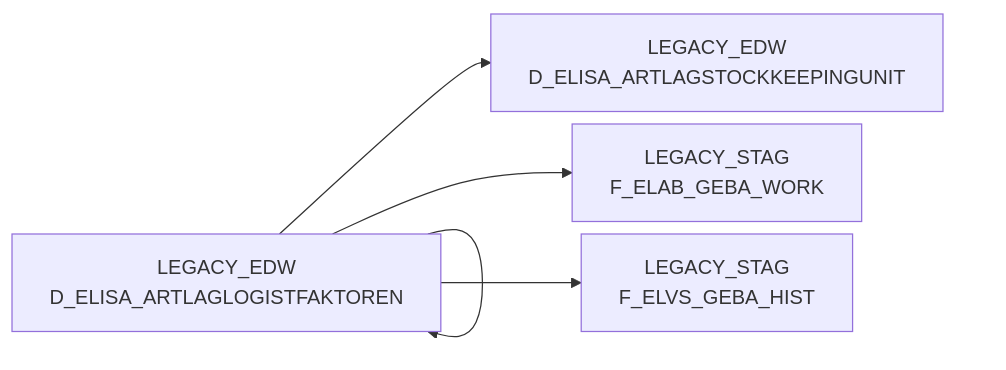
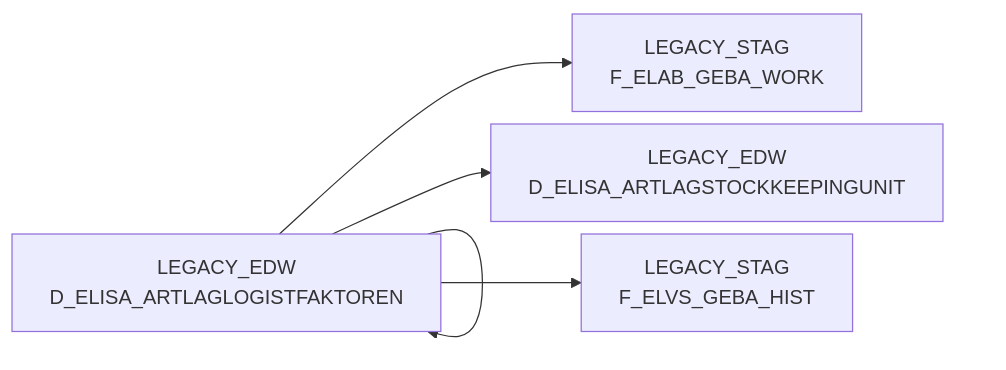
Before and after one commit to integration-factory-de/sas_code_docs: the diagram in docs/Tables/LEGACY_EDW/D_ELISA_ARTLAGLOGISTFAKTOREN.md, drawn with Mermaid. The commit also changed other lines of this file and 129 other files, not shown here.

````diff
--- a/docs/Tables/LEGACY_EDW/D_ELISA_ARTLAGLOGISTFAKTOREN.md
+++ b/docs/Tables/LEGACY_EDW/D_ELISA_ARTLAGLOGISTFAKTOREN.md
@@ -9,18 +19,18 @@
 ```mermaid
 %%{init: {'flowchart': { 'nodeSpacing': 10, 'rankSpacing': 40, 'rankdir': 'TB' }}}%%
 
 flowchart LR
 
+  LEGACY_EDW.D_ELISA_ARTLAGLOGISTFAKTOREN["LEGACY_EDW<br/>D_ELISA_ARTLAGLOGISTFAKTOREN"] --> LEGACY_STAG.F_ELAB_GEBA_WORK["LEGACY_STAG<br/>F_ELAB_GEBA_WORK"]
+  LEGACY_EDW.D_ELISA_ARTLAGLOGISTFAKTOREN["LEGACY_EDW<br/>D_ELISA_ARTLAGLOGISTFAKTOREN"] --> LEGACY_EDW.D_ELISA_ARTLAGSTOCKKEEPINGUNIT["LEGACY_EDW<br/>D_ELISA_ARTLAGSTOCKKEEPINGUNIT"]
+  LEGACY_EDW.D_ELISA_ARTLAGLOGISTFAKTOREN["LEGACY_EDW<br/>D_ELISA_ARTLAGLOGISTFAKTOREN"] --> LEGACY_STAG.F_ELVS_GEBA_HIST["LEGACY_STAG<br/>F_ELVS_GEBA_HIST"]
   LEGACY_EDW.D_ELISA_ARTLAGLOGISTFAKTOREN["LEGACY_EDW<br/>D_ELISA_ARTLAGLOGISTFAKTOREN"] --> LEGACY_EDW.D_ELISA_ARTLAGLOGISTFAKTOREN["LEGACY_EDW<br/>D_ELISA_ARTLAGLOGISTFAKTOREN"]
-  LEGACY_EDW.D_ELISA_ARTLAGLOGISTFAKTOREN["LEGACY_EDW<br/>D_ELISA_ARTLAGLOGISTFAKTOREN"] --> LEGACY_EDW.D_ELISA_ARTLAGSTOCKKEEPINGUNIT["LEGACY_EDW<br/>D_ELISA_ARTLAGSTOCKKEEPINGUNIT"]
-  LEGACY_EDW.D_ELISA_ARTLAGLOGISTFAKTOREN["LEGACY_EDW<br/>D_ELISA_ARTLAGLOGISTFAKTOREN"] --> LEGACY_STAG.F_ELAB_GEBA_WORK["LEGACY_STAG<br/>F_ELAB_GEBA_WORK"]
-  LEGACY_EDW.D_ELISA_ARTLAGLOGISTFAKTOREN["LEGACY_EDW<br/>D_ELISA_ARTLAGLOGISTFAKTOREN"] --> LEGACY_STAG.F_ELVS_GEBA_HIST["LEGACY_STAG<br/>F_ELVS_GEBA_HIST"]
   click LEGACY_EDW.D_ELISA_ARTLAGLOGISTFAKTOREN "../../tables/LEGACY_EDW/D_ELISA_ARTLAGLOGISTFAKTOREN"
   click LEGACY_EDW.D_ELISA_ARTLAGLOGISTFAKTOREN "../../tables/LEGACY_EDW/D_ELISA_ARTLAGLOGISTFAKTOREN"
   click LEGACY_EDW.D_ELISA_ARTLAGLOGISTFAKTOREN "../../tables/LEGACY_EDW/D_ELISA_ARTLAGLOGISTFAKTOREN"
   click LEGACY_EDW.D_ELISA_ARTLAGLOGISTFAKTOREN "../../tables/LEGACY_EDW/D_ELISA_ARTLAGLOGISTFAKTOREN"
+  click LEGACY_STAG.F_ELAB_GEBA_WORK "../../tables/LEGACY_STAG/F_ELAB_GEBA_WORK"
+  click LEGACY_EDW.D_ELISA_ARTLAGSTOCKKEEPINGUNIT "../../tables/LEGACY_EDW/D_ELISA_ARTLAGSTOCKKEEPINGUNIT"
+  click LEGACY_STAG.F_ELVS_GEBA_HIST "../../tables/LEGACY_STAG/F_ELVS_GEBA_HIST"
   click LEGACY_EDW.D_ELISA_ARTLAGLOGISTFAKTOREN "../../tables/LEGACY_EDW/D_ELISA_ARTLAGLOGISTFAKTOREN"
-  click LEGACY_EDW.D_ELISA_ARTLAGSTOCKKEEPINGUNIT "../../tables/LEGACY_EDW/D_ELISA_ARTLAGSTOCKKEEPINGUNIT"
-  click LEGACY_STAG.F_ELAB_GEBA_WORK "../../tables/LEGACY_STAG/F_ELAB_GEBA_WORK"
-  click LEGACY_STAG.F_ELVS_GEBA_HIST "../../tables/LEGACY_STAG/F_ELVS_GEBA_HIST"
 ```
````
